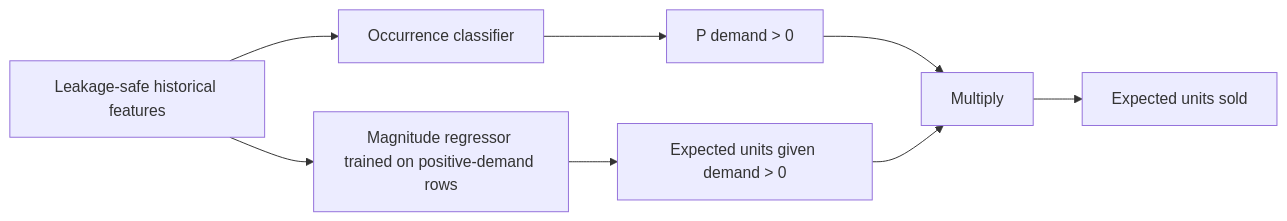
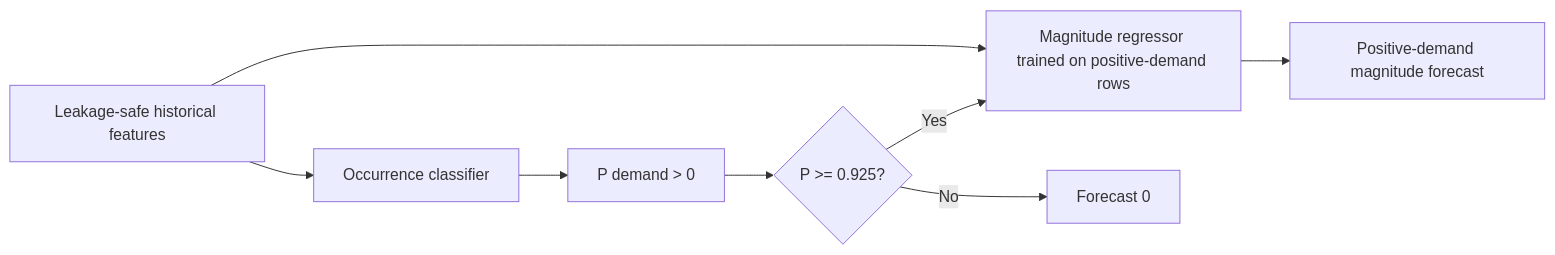
One commit to nikchey29/fulfillai changed the second of 4 diagrams in docs/architecture.md. Above: the diagram before and after it, drawn with Mermaid. The commit also changed other lines of this file and 56 other files, not shown here.

````diff
--- a/docs/architecture.md
+++ b/docs/architecture.md
@@ -142,10 +142,10 @@
 ```mermaid
 flowchart LR
     X[Leakage-safe historical features] --> C[Occurrence classifier]
     X --> R[Magnitude regressor trained on positive-demand rows]
     C --> P[P demand > 0]
-    R --> U[Expected units given demand > 0]
-    P --> Z[Multiply]
-    U --> Z
-    Z --> Y[Expected units sold]
+    P --> G{P >= 0.925?}
+    G -->|No| Z[Forecast 0]
+    G -->|Yes| R
+    R --> Y[Positive-demand magnitude forecast]
 ```
````
